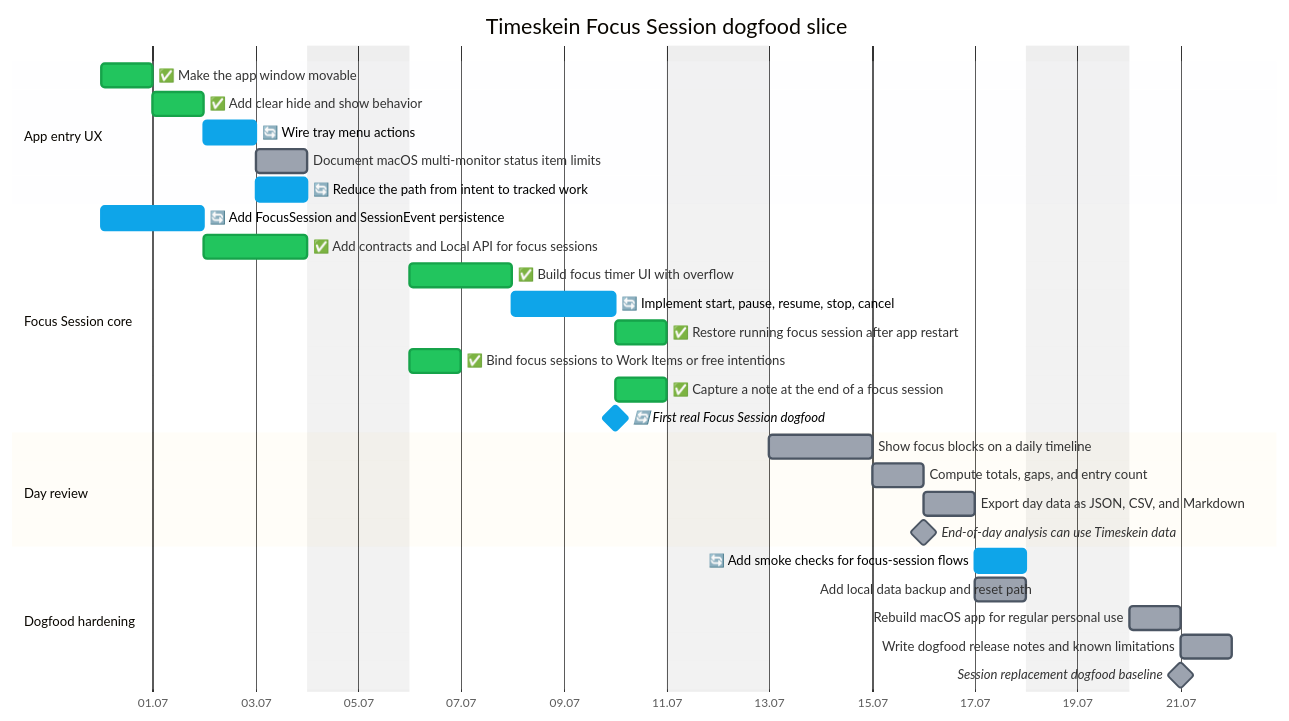
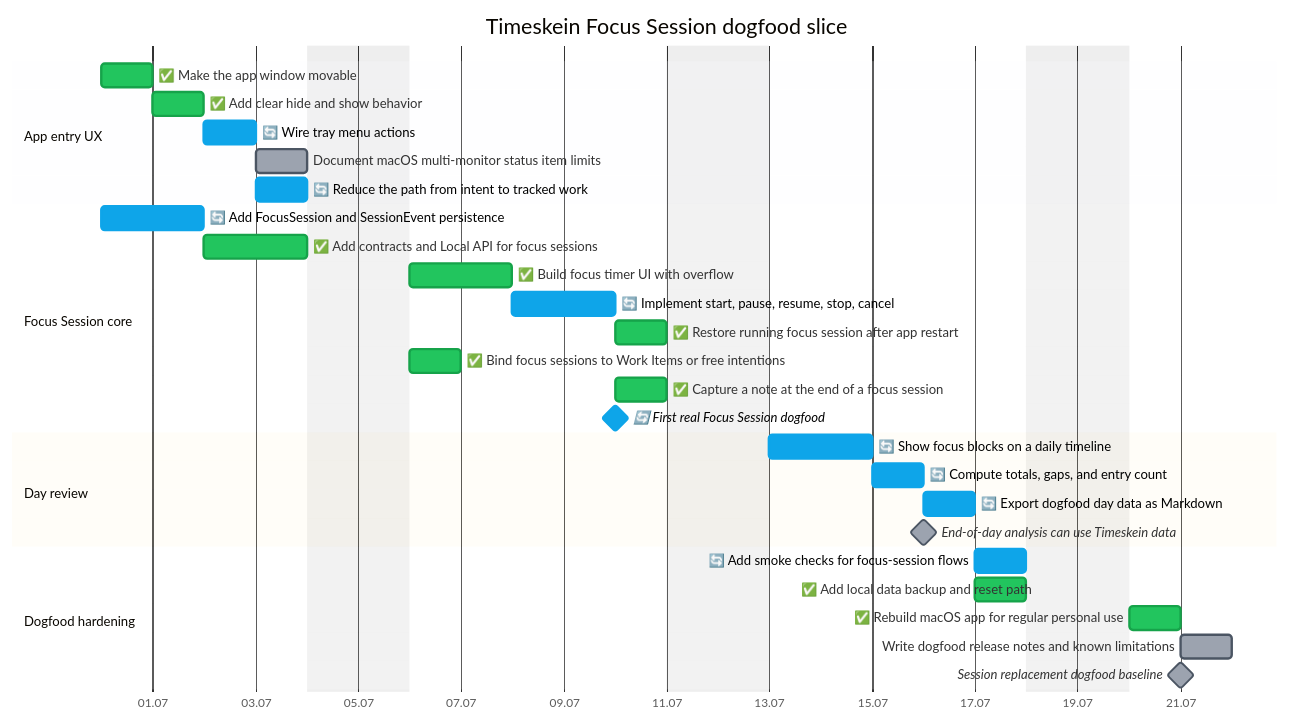
One commit to asukhodko/timeskein changed the second of 2 diagrams in docs/roadmap/opskarta.md. Above: the diagram before and after it, drawn with Mermaid. The commit also changed other lines of this file and 49 other files, not shown here.

Commit message:
Make Timeskein ready for dogfood day

````diff
--- a/docs/roadmap/opskarta.md
+++ b/docs/roadmap/opskarta.md
@@ -60,36 +60,36 @@
 ```mermaid
 %%{init: {"theme": "base", "themeVariables": {"taskBkgColor": "#9ca3af", "taskBorderColor": "#4b5563", "taskTextColor": "#000000", "taskTextDarkColor": "#000000", "taskTextLightColor": "#000000", "activeTaskBkgColor": "#0ea5e9", "activeTaskBorderColor": "#0ea5e9", "doneTaskBkgColor": "#22c55e", "doneTaskBorderColor": "#16a34a", "critBkgColor": "#fecaca", "critBorderColor": "#fecaca", "todayLineColor": "#ef4444"}} }%%
 
 gantt
     title Timeskein Focus Session dogfood slice
     dateFormat YYYY-MM-DD
     axisFormat %d.%m
     excludes weekends
 
     section App entry UX
     ✅ Make the app window movable  :done, ts_ux_entry_window_drag,    2026-06-30, 1d
     ✅ Add clear hide and show behavior  :done, ts_ux_entry_hide_toggle,    2026-07-01, 1d
     🔄 Wire tray menu actions  :active, ts_ux_entry_tray_actions,    2026-07-02, 1d
     Document macOS multi-monitor status item limits  :ts_ux_entry_monitor_policy,    2026-07-03, 1d
     🔄 Reduce the path from intent to tracked work  :active, ts_ux_entry_fast_track_flow,    2026-07-03, 1d
     section Focus Session core
     🔄 Add FocusSession and SessionEvent persistence  :active, ts_focus_core_model_migrations,    2026-06-30, 2d
     ✅ Add contracts and Local API for focus sessions  :done, ts_focus_core_contracts_api,    2026-07-02, 2d
     ✅ Build focus timer UI with overflow  :done, ts_focus_core_timer_ui,    2026-07-06, 2d
     🔄 Implement start, pause, resume, stop, cancel  :active, ts_focus_core_session_lifecycle,    2026-07-08, 2d
     ✅ Restore running focus session after app restart  :done, ts_focus_core_restart_restore,    2026-07-10, 1d
     ✅ Bind focus sessions to Work Items or free intentions  :done, ts_focus_core_work_item_binding,    2026-07-06, 1d
     ✅ Capture a note at the end of a focus session  :done, ts_focus_core_session_notes,    2026-07-10, 1d
     🔄 First real Focus Session dogfood  :milestone, active, ts_focus_core_dogfood_gate,    2026-07-10, 0d
     section Day review
-    Show focus blocks on a daily timeline  :ts_day_review_timeline,    2026-07-13, 2d
-    Compute totals, gaps, and entry count  :ts_day_review_totals_gaps,    2026-07-15, 1d
-    Export day data as JSON, CSV, and Markdown  :ts_day_review_export,    2026-07-16, 1d
+    🔄 Show focus blocks on a daily timeline  :active, ts_day_review_timeline,    2026-07-13, 2d
+    🔄 Compute totals, gaps, and entry count  :active, ts_day_review_totals_gaps,    2026-07-15, 1d
+    🔄 Export dogfood day data as Markdown  :active, ts_day_review_export,    2026-07-16, 1d
     End-of-day analysis can use Timeskein data  :milestone, ts_day_review_analysis_gate,    2026-07-16, 0d
     section Dogfood hardening
     🔄 Add smoke checks for focus-session flows  :active, ts_hardening_smoke,    2026-07-17, 1d
-    Add local data backup and reset path  :ts_hardening_backup_reset,    2026-07-17, 1d
-    Rebuild macOS app for regular personal use  :ts_hardening_package_app,    2026-07-20, 1d
+    ✅ Add local data backup and reset path  :done, ts_hardening_backup_reset,    2026-07-17, 1d
+    ✅ Rebuild macOS app for regular personal use  :done, ts_hardening_package_app,    2026-07-20, 1d
     Write dogfood release notes and known limitations  :ts_hardening_release_notes,    2026-07-21, 1d
     Session replacement dogfood baseline  :milestone, ts_hardening_dogfood_release,    2026-07-21, 0d
 ```
````
